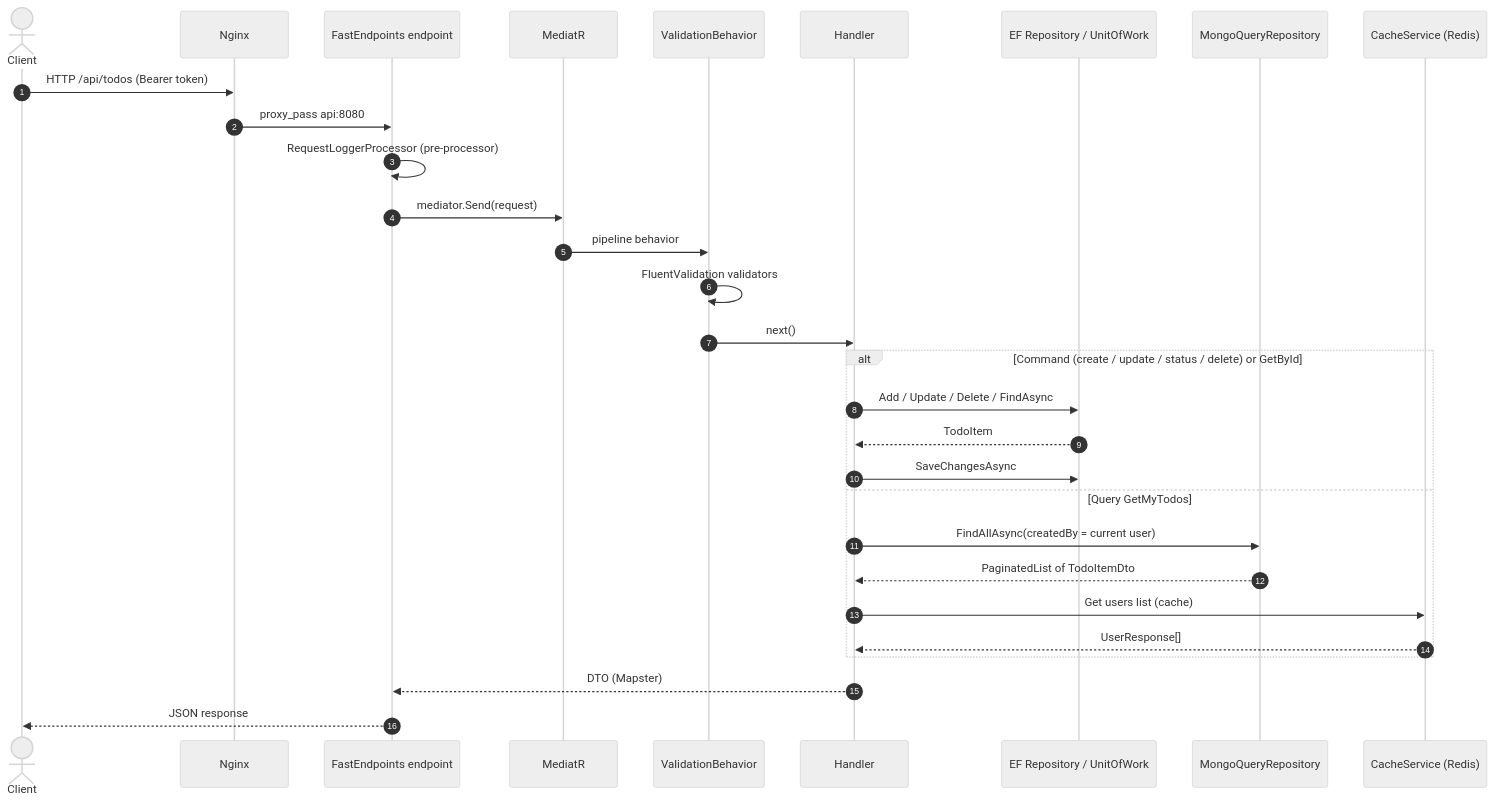
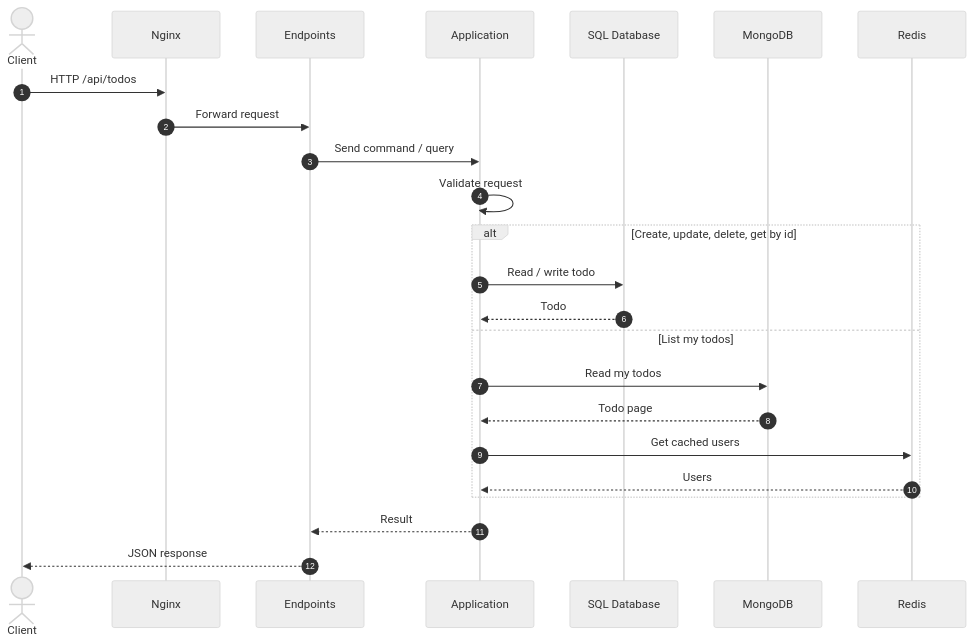
One commit to p3t3r276/todolist-net8-fastendpoint changed the first of 2 diagrams in README.md. Above: the diagram before and after it, drawn with Mermaid (neutral theme). The commit also changed other lines of this file and 1 other file, not shown here.

First line of the commit message:
docs: redraw high-level architecture diagram in project style

````diff
--- a/README.md
+++ b/README.md
@@ -88,33 +35,27 @@
 ```mermaid
 sequenceDiagram
     autonumber
     actor C as Client
     participant N as Nginx
-    participant E as FastEndpoints endpoint
-    participant M as MediatR
-    participant V as ValidationBehavior
-    participant H as Handler
-    participant R as EF Repository / UnitOfWork
-    participant Q as MongoQueryRepository
-    participant K as CacheService (Redis)
+    participant E as Endpoints
+    participant A as Application
+    participant S as SQL Database
+    participant M as MongoDB
+    participant R as Redis
 
-    C->>N: HTTP /api/todos (Bearer token)
-    N->>E: proxy_pass api:8080
-    E->>E: RequestLoggerProcessor (pre-processor)
-    E->>M: mediator.Send(request)
-    M->>V: pipeline behavior
-    V->>V: FluentValidation validators
-    V->>H: next()
-    alt Command (create / update / status / delete) or GetById
-        H->>R: Add / Update / Delete / FindAsync
-        R-->>H: TodoItem
-        H->>R: SaveChangesAsync
-    else Query GetMyTodos
-        H->>Q: FindAllAsync(createdBy = current user)
-        Q-->>H: PaginatedList of TodoItemDto
-        H->>K: Get users list (cache)
-        K-->>H: UserResponse[]
+    C->>N: HTTP /api/todos
+    N->>E: Forward request
+    E->>A: Send command / query
+    A->>A: Validate request
+    alt Create, update, delete, get by id
+        A->>S: Read / write todo
+        S-->>A: Todo
+    else List my todos
+        A->>M: Read my todos
+        M-->>A: Todo page
+        A->>R: Get cached users
+        R-->>A: Users
     end
-    H-->>E: DTO (Mapster)
+    A-->>E: Result
     E-->>C: JSON response
 ```
````
